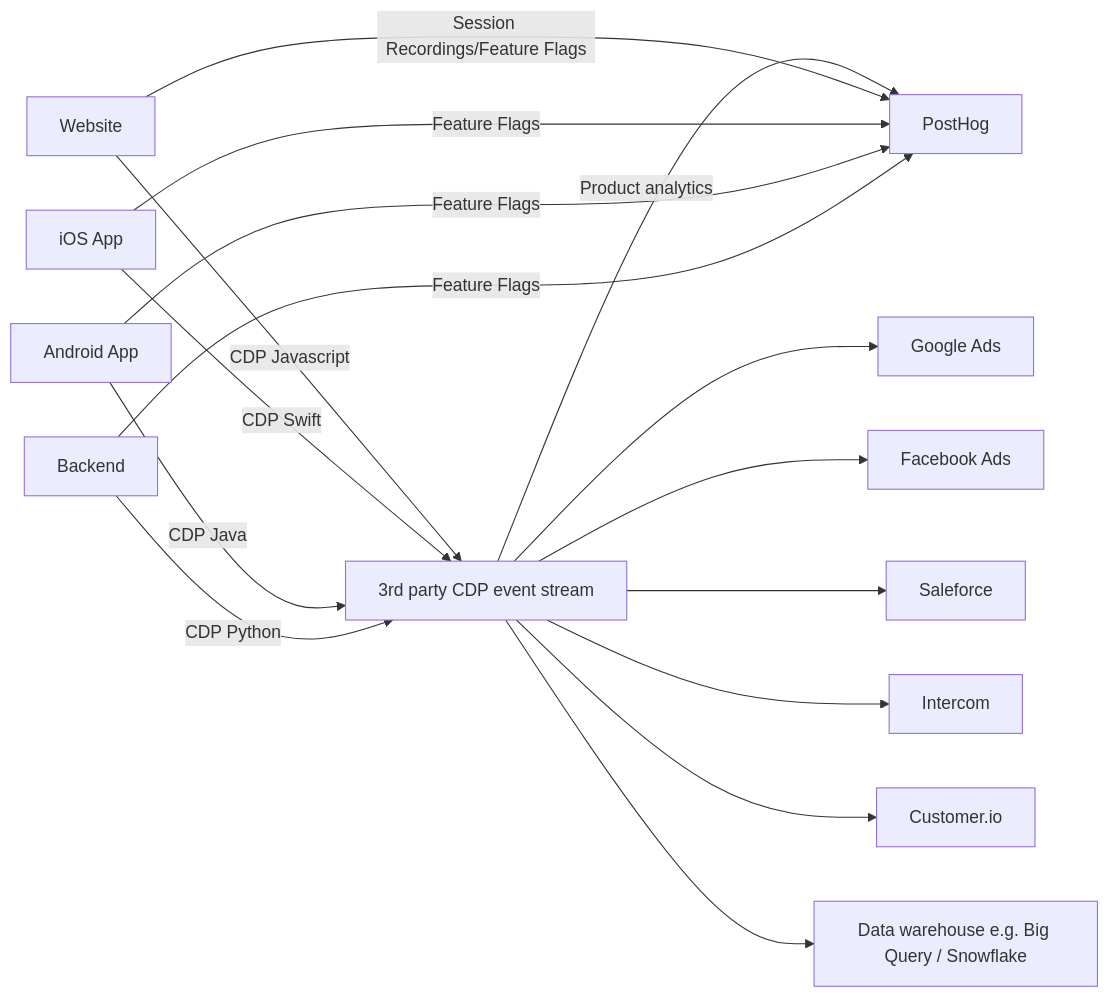
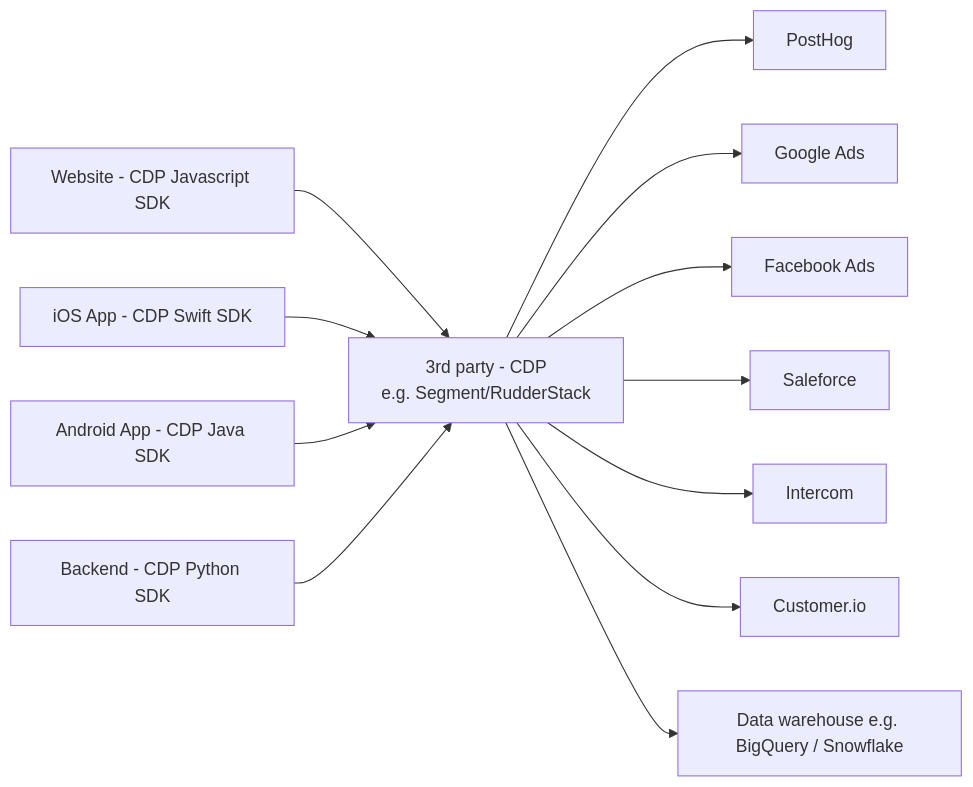
Before and after one commit to PostHog/posthog.com: the fourth of 5 diagrams in contents/docs/advanced/cdp.md, drawn with Mermaid. The commit also changed other lines of this file, not shown here.

Commit message:
update cdp docs

````diff
--- a/contents/docs/advanced/cdp.md
+++ b/contents/docs/advanced/cdp.md
@@ -99,18 +92,14 @@
 ```mermaid
 graph LR
-A[Website] --CDP Javascript--> G
-C[iOS App] --CDP Swift--> G
-D[Android App] --CDP Java--> G
-E[Backend] --CDP Python--> G
-G[3rd party CDP event stream] --Product analytics--> B[PostHog]
-A --Session Recordings/Feature Flags--> B
-C --Feature Flags--> B
-D --Feature Flags--> B
-E --Feature Flags--> B
+A[Website - CDP Javascript SDK] --> G
+C[iOS App - CDP Swift SDK] --> G
+D[Android App - CDP Java SDK] --> G
+E[Backend - CDP Python SDK] --> G
+G[3rd party - CDP<br/>e.g. Segment/RudderStack] --> B[PostHog]
 G --> N[Google Ads]
 G --> O[Facebook Ads]
 G --> H[Saleforce]
 G --> I[Intercom]
 G --> K[Customer.io]
-G --> F[Data warehouse e.g. Big Query / Snowflake]
+G --> F[Data warehouse e.g. BigQuery / Snowflake]
 ```
````
